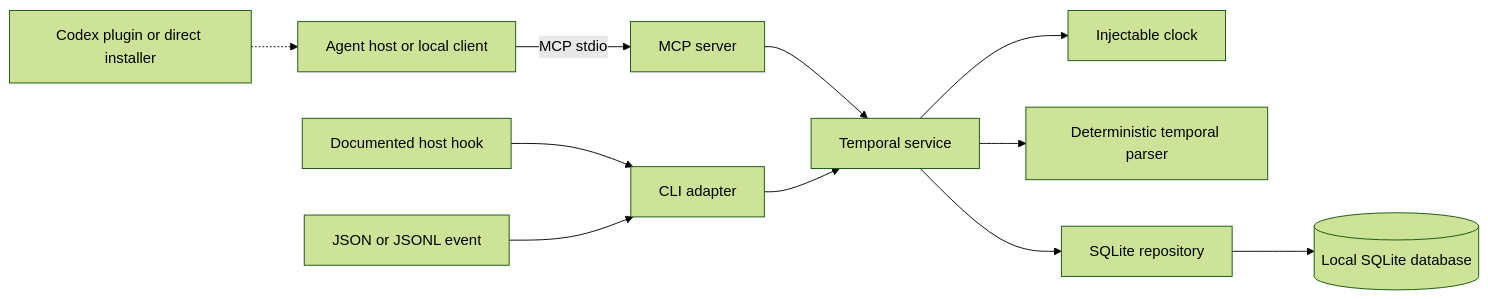
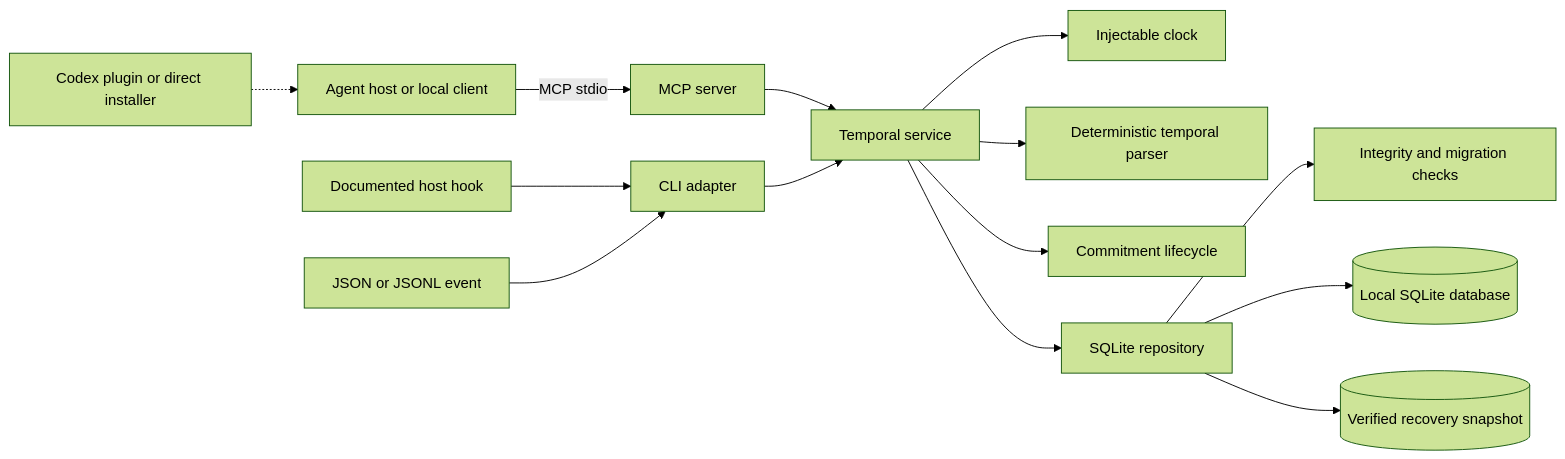
Before and after one commit to SUDARSHANCHAUDHARI/TemporalThread: the diagram in docs/ARCHITECTURE.md, drawn with Mermaid (forest theme). The commit also changed other lines of this file, not shown here.

Commit message:
docs: describe lifecycle and recovery architecture

````diff
--- a/docs/ARCHITECTURE.md
+++ b/docs/ARCHITECTURE.md
@@ -5,13 +5,16 @@
 ```mermaid
 flowchart LR
     Host["Agent host or local client"] -->|"MCP stdio"| MCP["MCP server"]
     Hook["Documented host hook"] --> CLI["CLI adapter"]
     Plugin["Codex plugin or direct installer"] -.-> Host
     Generic["JSON or JSONL event"] --> CLI
     MCP --> Service["Temporal service"]
     CLI --> Service
     Service --> Clock["Injectable clock"]
     Service --> Parser["Deterministic temporal parser"]
+    Service --> Lifecycle["Commitment lifecycle"]
     Service --> Storage["SQLite repository"]
+    Storage --> Health["Integrity and migration checks"]
     Storage --> DB[("Local SQLite database")]
+    Storage --> Backup[("Verified recovery snapshot")]
 ```
````
